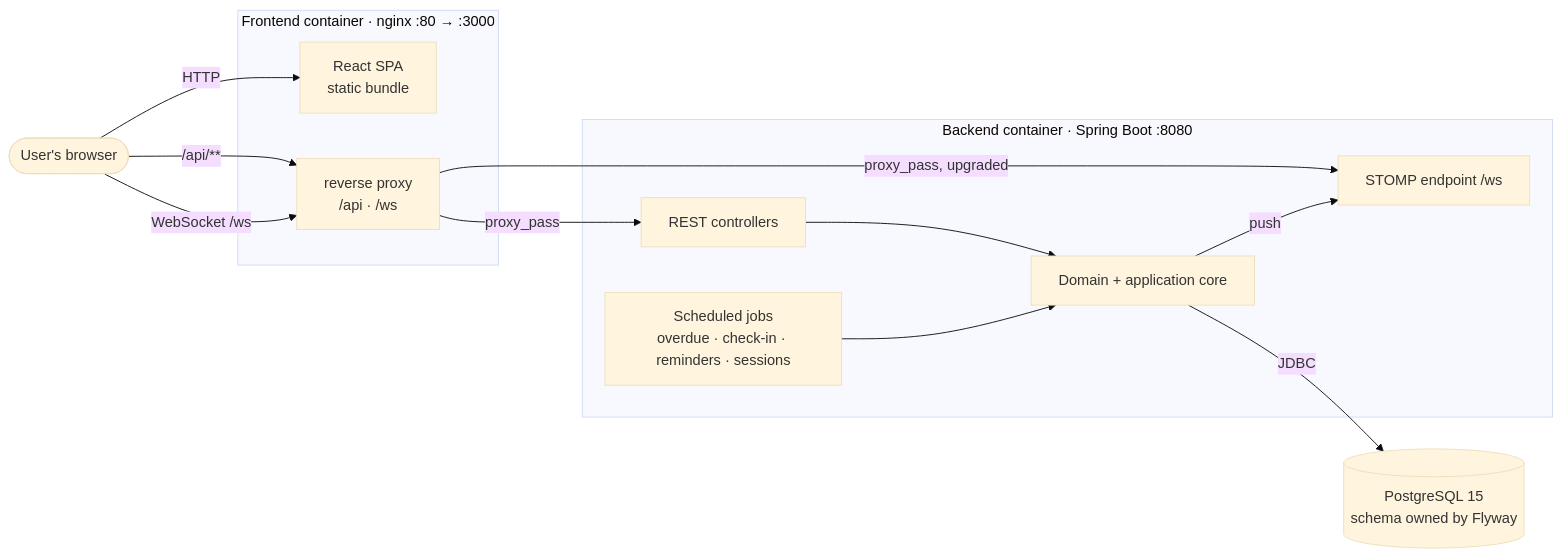
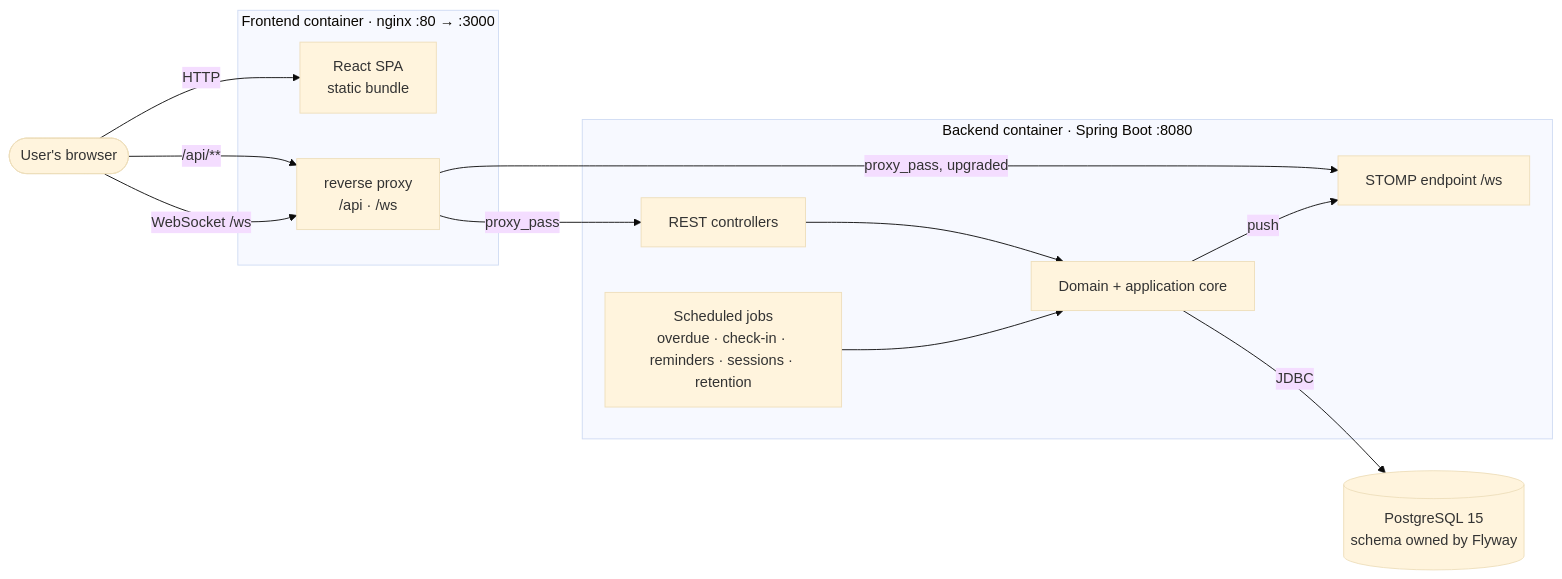
Before and after one commit to NaimElijah/UpHealther: the diagram in README.md, drawn with Mermaid (base theme). The commit also changed other lines of this file, not shown here.

````diff
--- a/README.md
+++ b/README.md
@@ -20,28 +20,28 @@
 ```mermaid
 flowchart LR
     user(["User's browser"])
 
     subgraph frontend["Frontend container · nginx :80 → :3000"]
         spa["React SPA<br/>static bundle"]
         proxy["reverse proxy<br/>/api · /ws"]
     end
 
     subgraph backend["Backend container · Spring Boot :8080"]
         rest["REST controllers"]
         stomp["STOMP endpoint /ws"]
-        jobs["Scheduled jobs<br/>overdue · check-in · reminders · sessions"]
+        jobs["Scheduled jobs<br/>overdue · check-in · reminders · sessions · retention"]
         core["Domain + application core"]
     end
 
     db[("PostgreSQL 15<br/>schema owned by Flyway")]
 
     user -->|"HTTP"| spa
     user -->|"/api/**"| proxy
     user -->|"WebSocket /ws"| proxy
     proxy -->|"proxy_pass"| rest
     proxy -->|"proxy_pass, upgraded"| stomp
     rest --> core
     jobs --> core
     core -->|"push"| stomp
     core -->|"JDBC"| db
 ```
````
